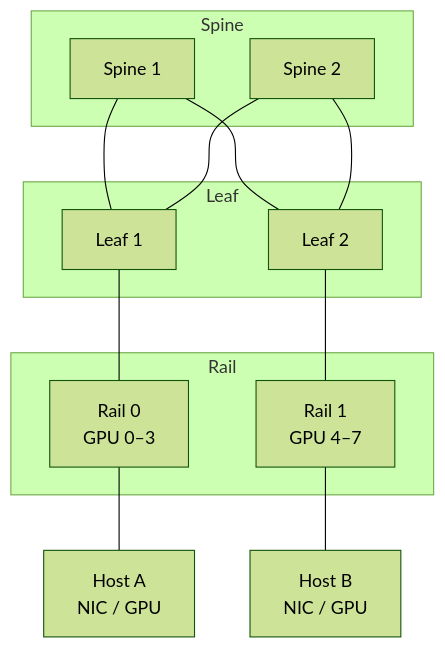
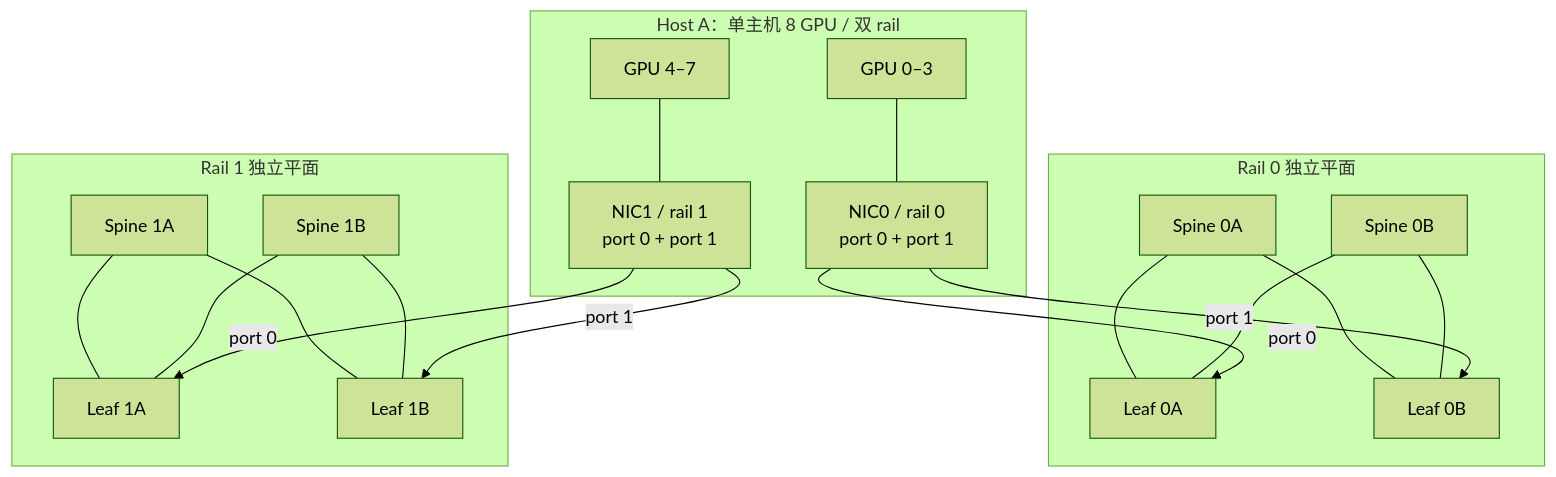
One commit to ai-guru-global/the-ops-agent-book changed the diagram in docs/playbooks/rdma.md. Above: the diagram before and after it, drawn with Mermaid (forest theme). The commit also changed other lines of this file and 144 other files, not shown here.

````diff
--- a/docs/playbooks/rdma.md
+++ b/docs/playbooks/rdma.md
@@ -43,23 +36,35 @@
 ```mermaid
 flowchart TB
-  subgraph Spine[Spine]
-    S1[Spine 1]
-    S2[Spine 2]
+  subgraph HOST["Host A：单主机 8 GPU / 双 rail"]
+    G0["GPU 0–3"]
+    G1["GPU 4–7"]
+    N0["NIC0 / rail 0<br/>port 0 + port 1"]
+    N1["NIC1 / rail 1<br/>port 0 + port 1"]
+    G0 --- N0
+    G1 --- N1
   end
-  subgraph Leaf[Leaf]
-    L1[Leaf 1]
-    L2[Leaf 2]
+  subgraph PLANE0["Rail 0 独立平面"]
+    L0A["Leaf 0A"]
+    L0B["Leaf 0B"]
+    S0A["Spine 0A"]
+    S0B["Spine 0B"]
+    S0A --- L0A
+    S0A --- L0B
+    S0B --- L0A
+    S0B --- L0B
   end
-  subgraph Rail[Rail]
-    R1[Rail 0<br/>GPU 0–3]
-    R2[Rail 1<br/>GPU 4–7]
+  subgraph PLANE1["Rail 1 独立平面"]
+    L1A["Leaf 1A"]
+    L1B["Leaf 1B"]
+    S1A["Spine 1A"]
+    S1B["Spine 1B"]
+    S1A --- L1A
+    S1A --- L1B
+    S1B --- L1A
+    S1B --- L1B
   end
-  S1 --- L1
-  S1 --- L2
-  S2 --- L1
-  S2 --- L2
-  L1 --- R1
-  L2 --- R2
-  R1 --- H1[Host A<br/>NIC / GPU]
-  R2 --- H2[Host B<br/>NIC / GPU]
+  N0 -- "port 0" --> L0A
+  N0 -- "port 1" --> L0B
+  N1 -- "port 0" --> L1A
+  N1 -- "port 1" --> L1B
 ```
````
